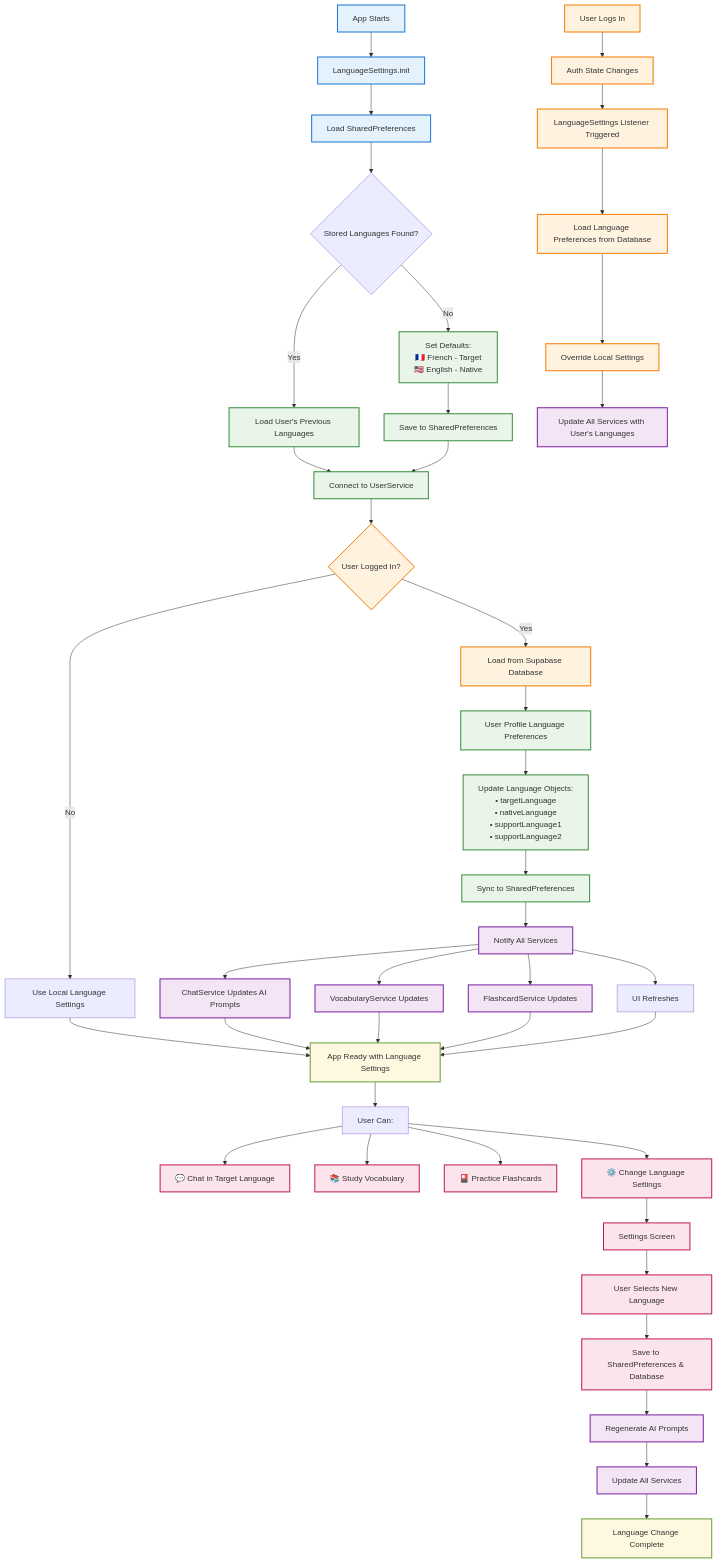
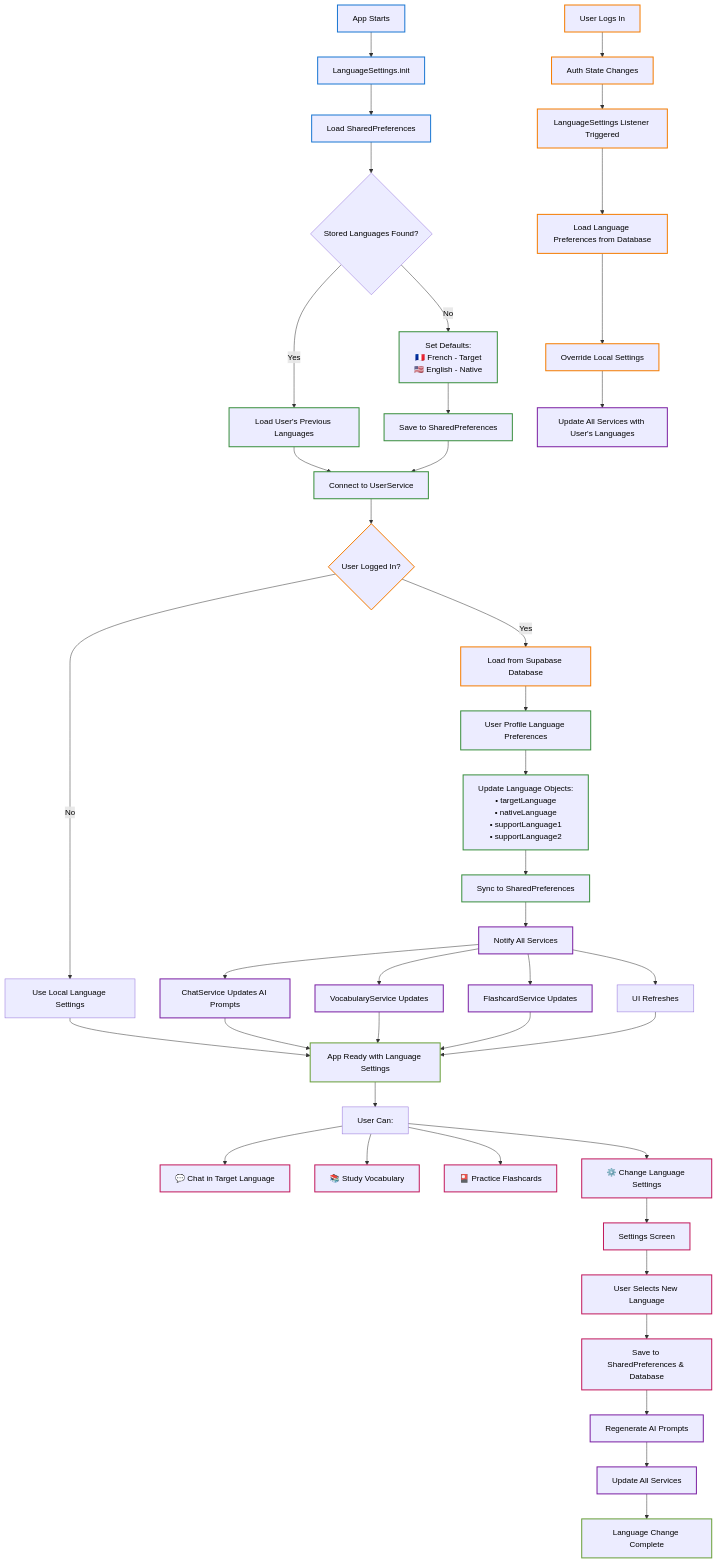
The diagram in docs/process_language.mmd (Robertoarce/gitfluent), drawn with Mermaid before and after one commit. The commit also changed 7 other files, not shown here.

```diff
--- a/docs/process_language.mmd
+++ b/docs/process_language.mmd
@@ -1,67 +1,68 @@
+%%{init: {'themeVariables': { 'textColor': '#000000', 'primaryTextColor': '#000000', 'secondaryTextColor': '#000000' }}}%%
 graph TD
     A[App Starts] --> B[LanguageSettings.init]
     B --> C[Load SharedPreferences]
     C --> D{Stored Languages Found?}
     
     D -->|No| E[Set Defaults:<br/>🇫🇷 French - Target<br/>🇺🇸 English - Native]
     D -->|Yes| F[Load User's Previous Languages]
     
     E --> G[Save to SharedPreferences]
     F --> H[Connect to UserService]
     G --> H
     
     H --> I{User Logged In?}
     I -->|No| J[Use Local Language Settings]
     I -->|Yes| K[Load from Supabase Database]
     
     K --> L[User Profile Language Preferences]
     L --> M[Update Language Objects:<br/>• targetLanguage<br/>• nativeLanguage<br/>• supportLanguage1<br/>• supportLanguage2]
     
     M --> N[Sync to SharedPreferences]
     N --> O[Notify All Services]
     
     O --> P[ChatService Updates AI Prompts]
     O --> Q[VocabularyService Updates]
     O --> R[FlashcardService Updates]
     O --> S[UI Refreshes]
     
     J --> T[App Ready with Language Settings]
     P --> T
     Q --> T
     R --> T
     S --> T
     
     T --> U[User Can:]
     U --> U1[💬 Chat in Target Language]
     U --> U2[📚 Study Vocabulary]
     U --> U3[🎴 Practice Flashcards]
     U --> U4[⚙️ Change Language Settings]
     
     U4 --> V[Settings Screen]
     V --> W[User Selects New Language]
     W --> X[Save to SharedPreferences & Database]
     X --> Y[Regenerate AI Prompts]
     Y --> Z[Update All Services]
     Z --> AA[Language Change Complete]
     
     %% Login Event
     BB[User Logs In] --> CC[Auth State Changes]
     CC --> DD[LanguageSettings Listener Triggered]
     DD --> EE[Load Language Preferences from Database]
     EE --> FF[Override Local Settings]
     FF --> GG[Update All Services with User's Languages]
     
     %% Styling
-    classDef initNode fill:#e3f2fd,stroke:#1976d2,stroke-width:2px
-    classDef langNode fill:#e8f5e8,stroke:#388e3c,stroke-width:2px
-    classDef userNode fill:#fff3e0,stroke:#f57c00,stroke-width:2px
-    classDef serviceNode fill:#f3e5f5,stroke:#7b1fa2,stroke-width:2px
-    classDef actionNode fill:#fce4ec,stroke:#c2185b,stroke-width:2px
-    classDef eventNode fill:#fff8e1,stroke:#689f38,stroke-width:2px
+    classDef initNode stroke:#1976d2,stroke-width:2px
+    classDef langNode stroke:#388e3c,stroke-width:2px
+    classDef userNode stroke:#f57c00,stroke-width:2px
+    classDef serviceNode stroke:#7b1fa2,stroke-width:2px
+    classDef actionNode stroke:#c2185b,stroke-width:2px
+    classDef eventNode stroke:#689f38,stroke-width:2px
     
     class A,B,C initNode
     class E,F,G,H,L,M,N langNode
     class I,K,BB,CC,DD,EE,FF userNode
     class O,P,Q,R,Y,Z,GG serviceNode
     class U1,U2,U3,U4,V,W,X actionNode
     class T,AA eventNode
```
